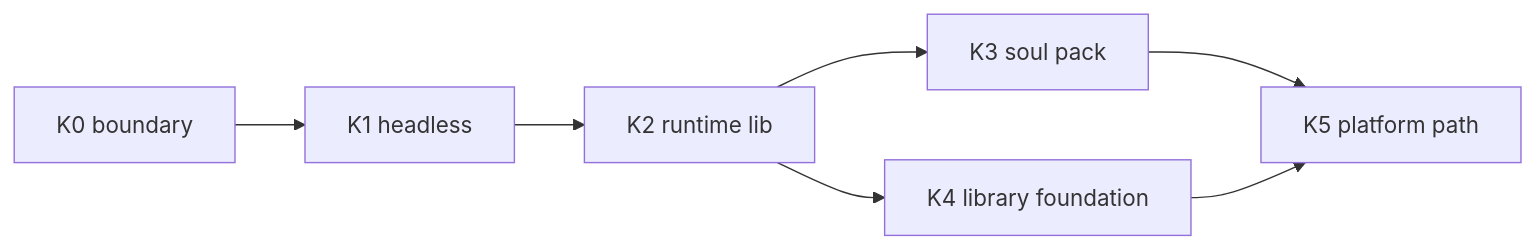
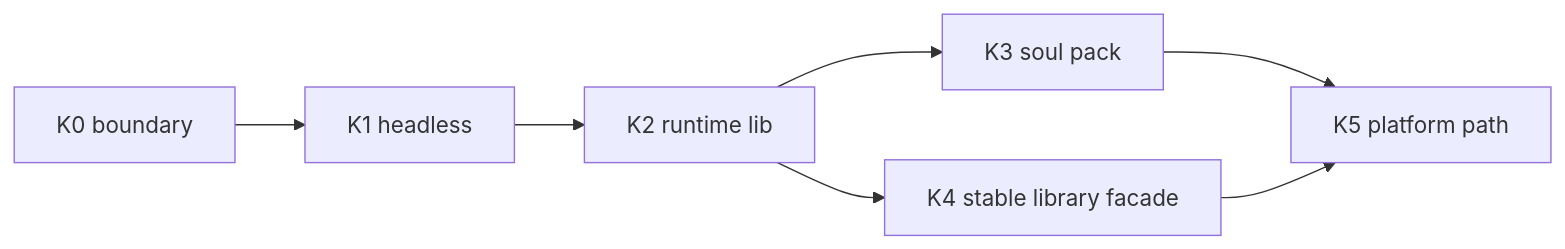
One commit to linkaiheng2233-cyber/oclivenewnew changed the diagram in creator-docs-en/getting-started/KERNEL_IMPLEMENTATION_PLAN.md. Above: the diagram before and after it, drawn with Mermaid. The commit also changed other lines of this file and 24 other files, not shown here.

````diff
--- a/creator-docs-en/getting-started/KERNEL_IMPLEMENTATION_PLAN.md
+++ b/creator-docs-en/getting-started/KERNEL_IMPLEMENTATION_PLAN.md
@@ -24,9 +24,9 @@
 ```mermaid
 flowchart LR
   K0[K0 boundary] --> K1[K1 headless]
   K1 --> K2[K2 runtime lib]
   K2 --> K3[K3 soul pack]
-  K2 --> K4[K4 library foundation]
+  K2 --> K4[K4 stable library facade]
   K3 --> K5[K5 platform path]
   K4 --> K5
 ```
````
